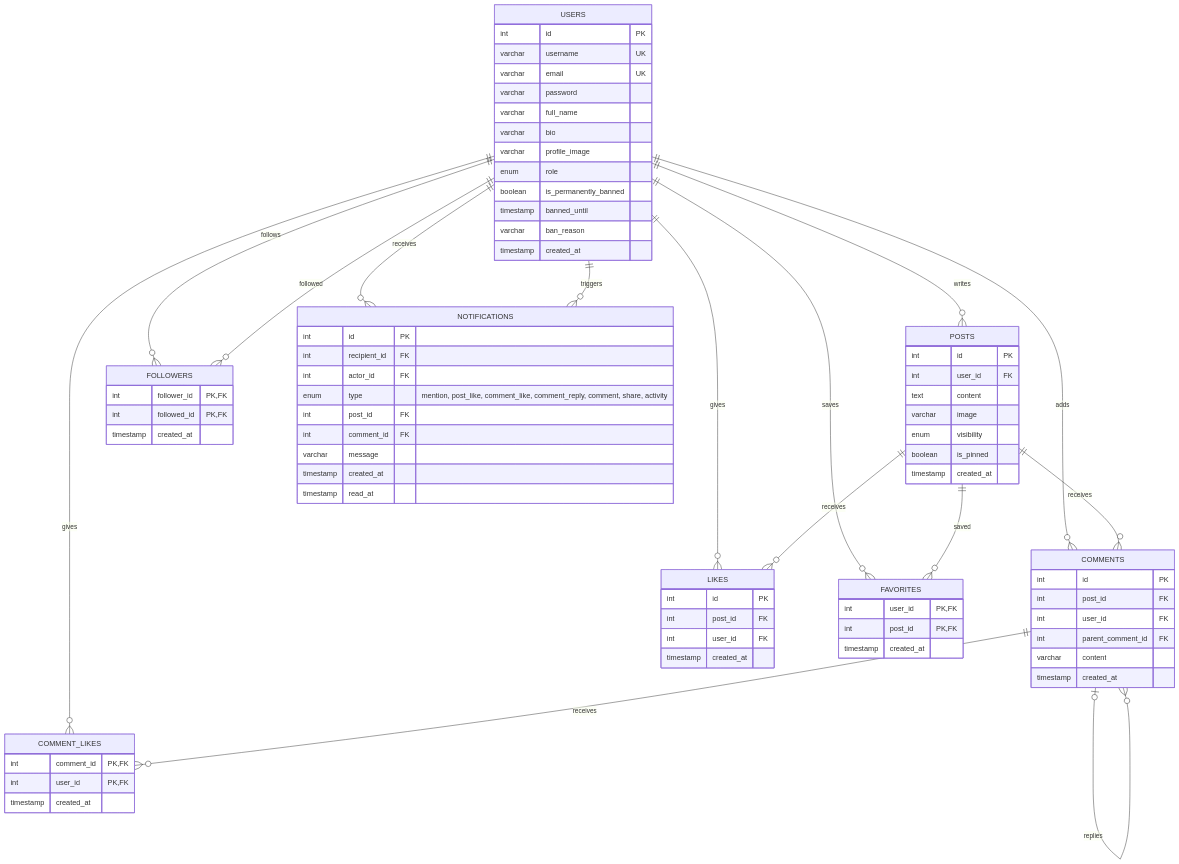
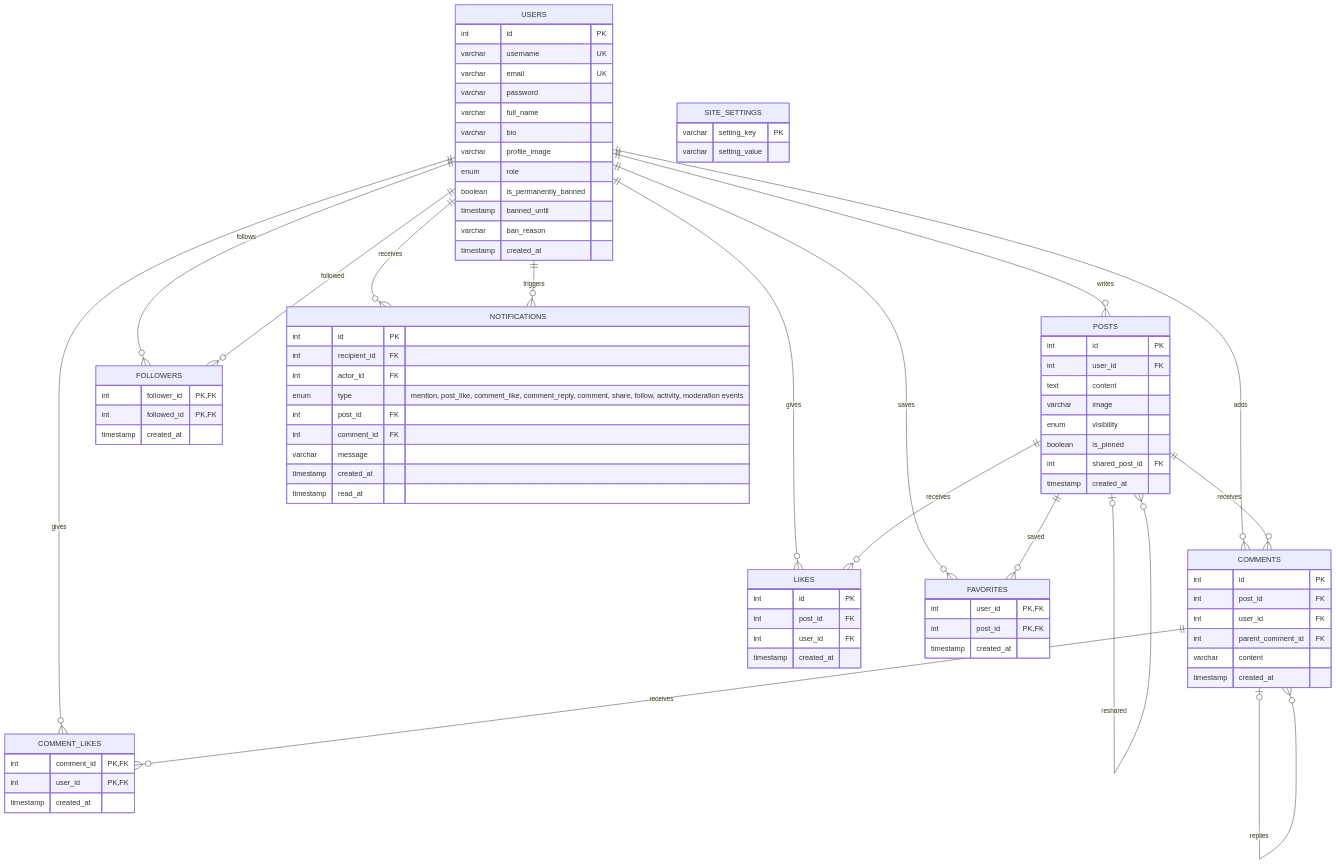
One commit to algarmeclarkjustin/mvxb-chatspace changed the diagram in sql/ERD.md. Above: the diagram before and after it, drawn with Mermaid. The commit also changed 25 other files, not shown here.

````diff
--- a/sql/ERD.md
+++ b/sql/ERD.md
@@ -3,6 +3,7 @@
 ```mermaid
 erDiagram
     USERS ||--o{ POSTS : writes
+    POSTS o|--o{ POSTS : reshared
     USERS ||--o{ COMMENTS : adds
     POSTS ||--o{ COMMENTS : receives
     COMMENTS o|--o{ COMMENTS : replies
@@ -16,6 +17,10 @@
     COMMENTS ||--o{ COMMENT_LIKES : receives
     USERS ||--o{ NOTIFICATIONS : receives
     USERS ||--o{ NOTIFICATIONS : triggers
+    SITE_SETTINGS {
+        varchar setting_key PK
+        varchar setting_value
+    }
 
     USERS {
         int id PK
@@ -38,6 +43,7 @@
         varchar image
         enum visibility
         boolean is_pinned
+        int shared_post_id FK
         timestamp created_at
     }
     COMMENTS {
@@ -73,7 +79,7 @@
         int id PK
         int recipient_id FK
         int actor_id FK
-        enum type "mention, post_like, comment_like, comment_reply, comment, share, activity"
+        enum type "mention, post_like, comment_like, comment_reply, comment, share, follow, activity, moderation events"
         int post_id FK
         int comment_id FK
         varchar message
````
